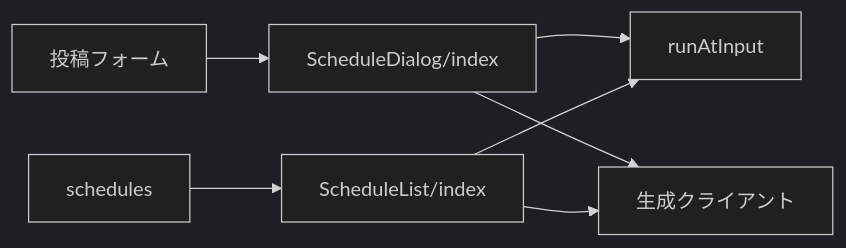
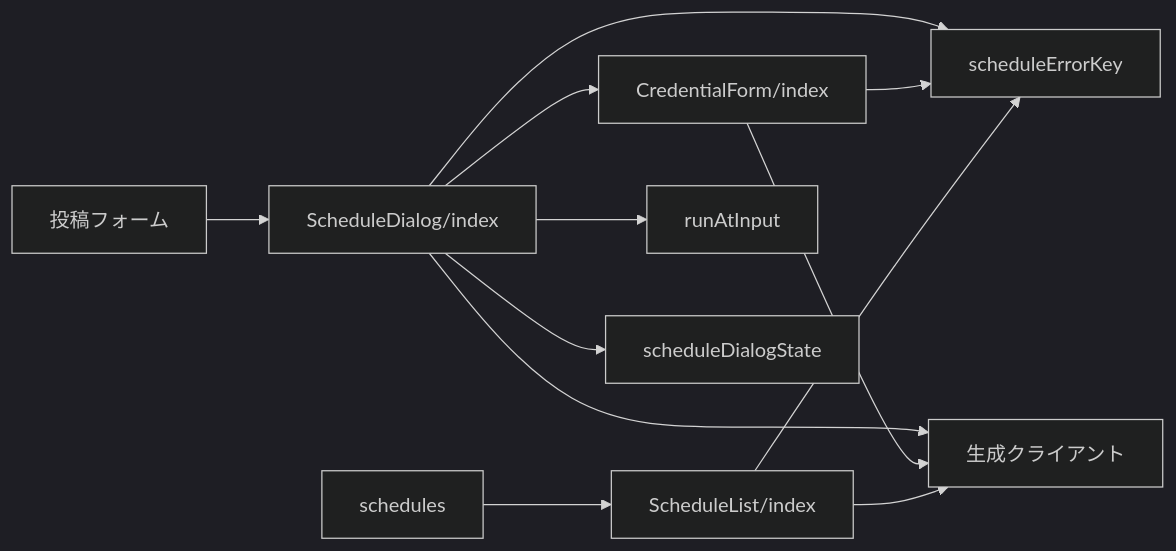
Before and after one commit to nekono-dev/skyshare: the first of 3 diagrams in specs/schedule-form/design.md, drawn with Mermaid (dark theme). The commit also changed other lines of this file and 28 other files, not shown here.

````diff
--- a/specs/schedule-form/design.md
+++ b/specs/schedule-form/design.md
@@ -16,9 +19,14 @@
 ```mermaid
 flowchart LR
   schedules --> ScheduleList["ScheduleList/index"]
-  ScheduleDialog["ScheduleDialog/index"] --> runAtInput
-  ScheduleList --> runAtInput
+  ScheduleDialog["ScheduleDialog/index"] --> CredentialForm["CredentialForm/index"]
+  ScheduleDialog --> runAtInput
+  ScheduleDialog --> scheduleDialogState
+  ScheduleDialog --> scheduleErrorKey
+  CredentialForm --> scheduleErrorKey
+  ScheduleList --> scheduleErrorKey
   ScheduleDialog --> ext_client["生成クライアント"]
+  CredentialForm --> ext_client
   ScheduleList --> ext_client
   ext_composer["投稿フォーム"] --> ScheduleDialog
 ```
````
